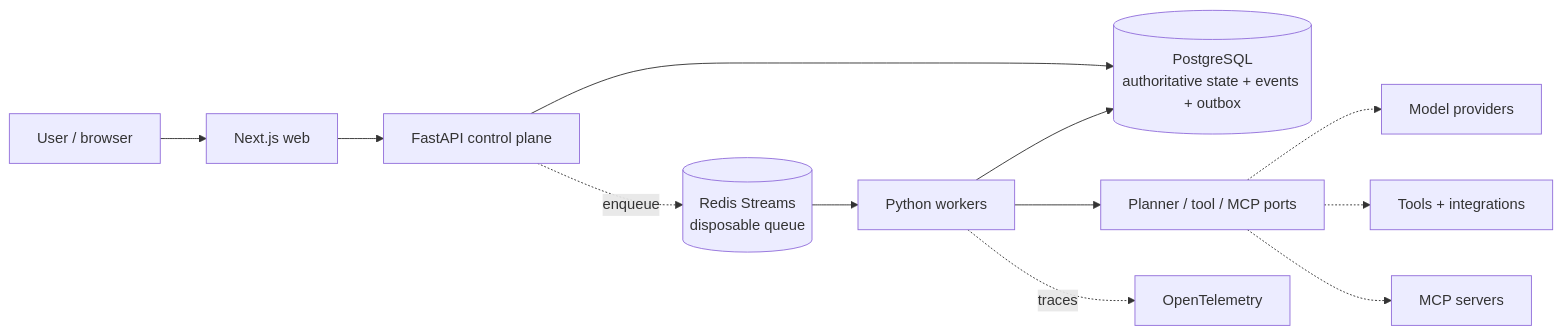
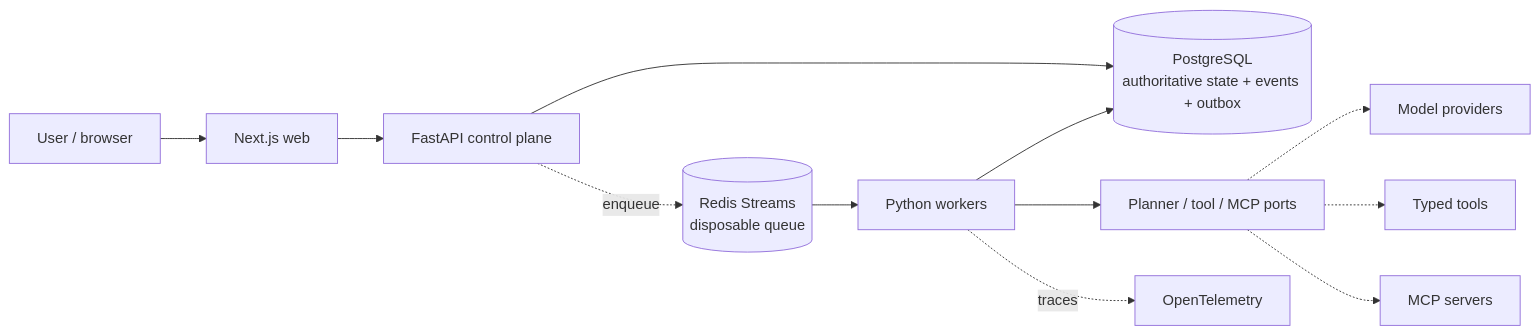
One commit to codevoks/forge-ai changed the first of 3 diagrams in README.md. Above: the diagram before and after it, drawn with Mermaid. The commit also changed other lines of this file, not shown here.

````diff
--- a/README.md
+++ b/README.md
@@ -22,14 +21,14 @@
 ```mermaid
 flowchart LR
     U[User / browser] --> WEB[Next.js web]
     WEB --> API[FastAPI control plane]
     API --> PG[(PostgreSQL\nauthoritative state + events + outbox)]
     API -. enqueue .-> REDIS[(Redis Streams\ndisposable queue)]
     REDIS --> WORKER[Python workers]
     WORKER --> PG
     WORKER --> RUNTIME[Planner / tool / MCP ports]
     RUNTIME -.-> MODEL[Model providers]
-    RUNTIME -.-> TOOLS[Tools + integrations]
+    RUNTIME -.-> TOOLS[Typed tools]
     RUNTIME -.-> MCP[MCP servers]
     WORKER -. traces .-> OTEL[OpenTelemetry]
 ```
````
